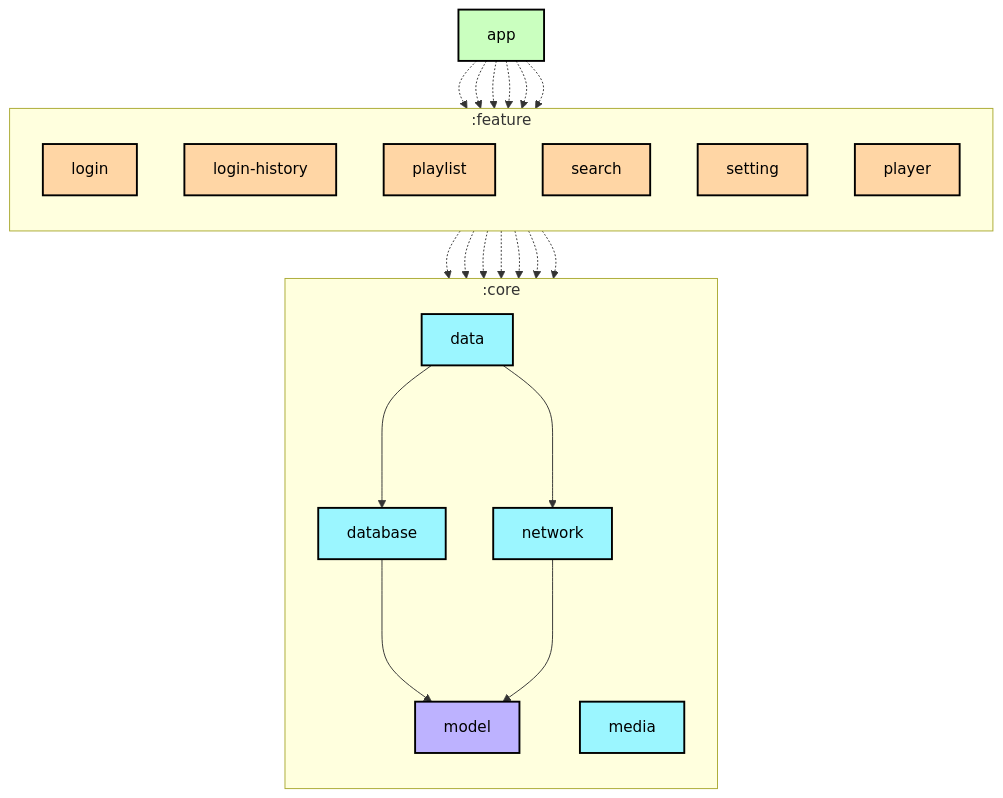
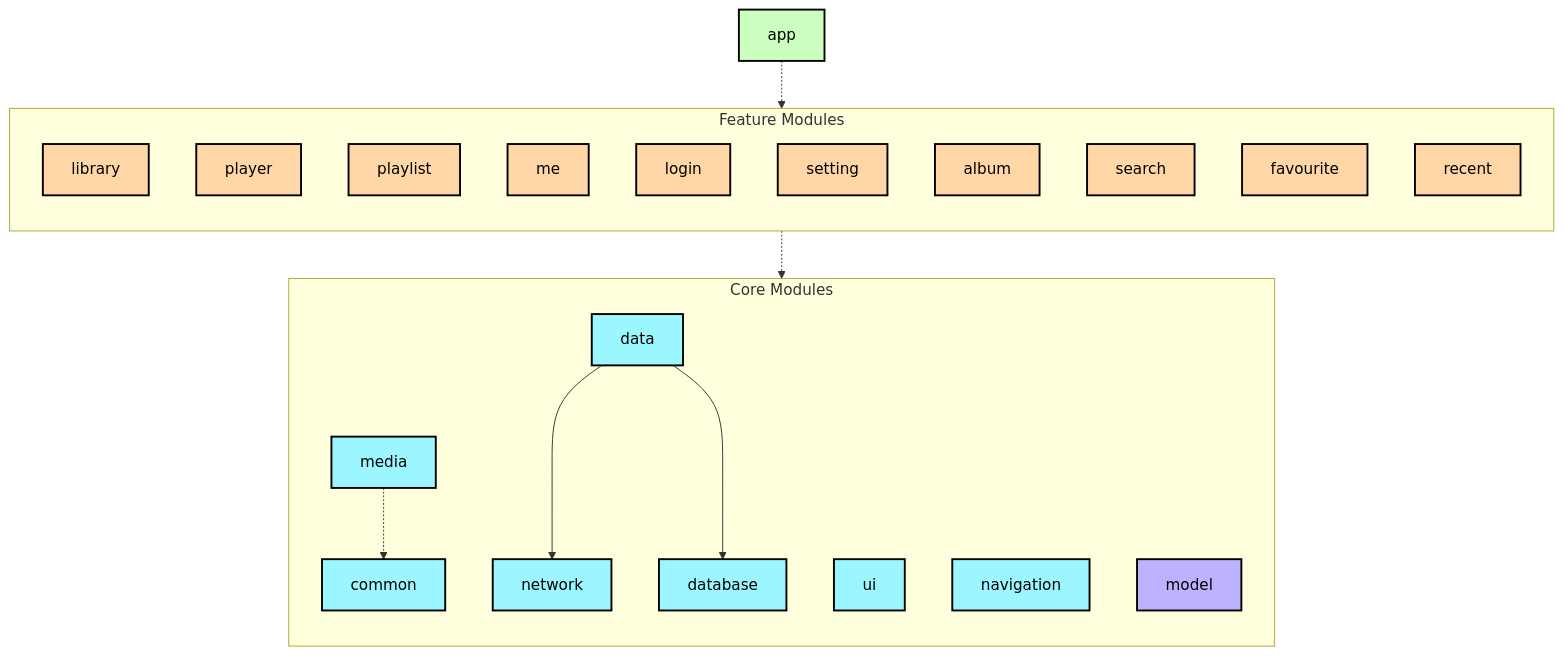
The diagram in README.md (che2n3jigw/NaviPlayer), drawn with Mermaid before and after one commit. The commit also changed other lines of this file, not shown here.

Commit message:
docs: update README.md with detailed project architecture and technical stack information

````diff
--- a/README.md
+++ b/README.md
@@ -1,45 +50,42 @@
 ```mermaid
 graph TB
-	subgraph :core
-		direction TB
-		:core:data[data]:::android-library
-		:core:database[database]:::android-library
-		:core:model[model]:::jvm-library
-		:core:network[network]:::android-library
-		:core:media[media]:::android-library
-	end
-	subgraph :feature
-		direction TB
-		:feature:login[login]:::android-feature
-		:feature:login-history[login-history]:::android-feature
-		:feature:playlist[playlist]:::android-feature
-		:feature:search[search]:::android-feature
-		:feature:setting[setting]:::android-feature
-		:feature:player[player]:::android-feature
-	end
-	:app[app]:::android-application
-	
-	:app -.-> :feature:login
-	:app -.-> :feature:login-history
-	:app -.-> :feature:playlist
-	:app -.-> :feature:search
-	:app -.-> :feature:setting
-	:app -.-> :feature:player
-	:feature:login -.-> :core:data
-	:feature:login-history -.-> :core:data
-	:feature:playlist -.-> :core:data
-	:feature:search -.-> :core:data
-	:feature:setting -.-> :core:data
-	:feature:player -.-> :core:data
-	:feature:player -.-> :core:media
-	:core:data ---> :core:database
-	:core:data ---> :core:network
-	:core:database ---> :core:model
-	:core:network ---> :core:model
-	
+    subgraph :core [Core Modules]
+        direction TB
+        :core:common[common]:::android-library
+        :core:ui[ui]:::android-library
+        :core:data[data]:::android-library
+        :core:database[database]:::android-library
+        :core:network[network]:::android-library
+        :core:media[media]:::android-library
+        :core:navigation[navigation]:::android-library
+        :core:model[model]:::jvm-library
+    end
+
+    subgraph :feature [Feature Modules]
+        direction TB
+        :feature:library[library]:::android-feature
+        :feature:player[player]:::android-feature
+        :feature:playlist[playlist]:::android-feature
+        :feature:me[me]:::android-feature
+        :feature:login[login]:::android-feature
+        :feature:setting[setting]:::android-feature
+        :feature:album[album]:::android-feature
+        :feature:search[search]:::android-feature
+        :feature:favourite[favourite]:::android-feature
+        :feature:recent[recent]:::android-feature
+    end
+
+    :app[app]:::android-application
+    
+    :app -.-> :feature
+    :feature -.-> :core
+    
+    :core:data ---> :core:network
+    :core:data ---> :core:database
+    :core:media -.-> :core:common
+
 classDef android-application fill:#CAFFBF,stroke:#000,stroke-width:2px,color:#000;
 classDef android-feature fill:#FFD6A5,stroke:#000,stroke-width:2px,color:#000;
 classDef android-library fill:#9BF6FF,stroke:#000,stroke-width:2px,color:#000;
 classDef jvm-library fill:#BDB2FF,stroke:#000,stroke-width:2px,color:#000;
-	
 ```
````
